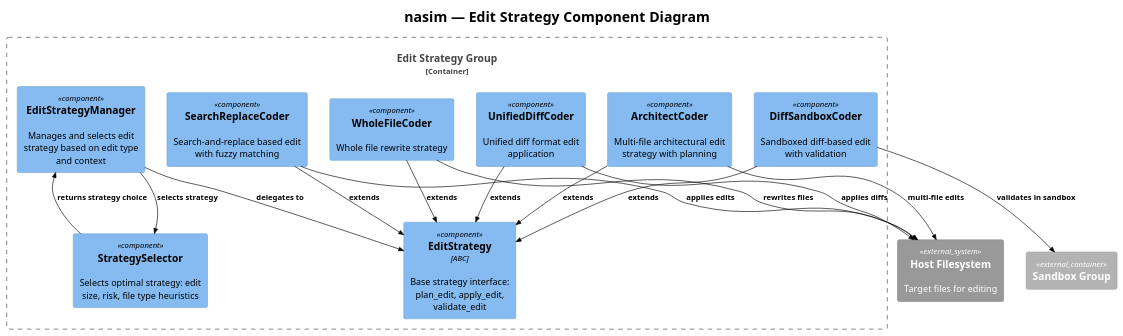
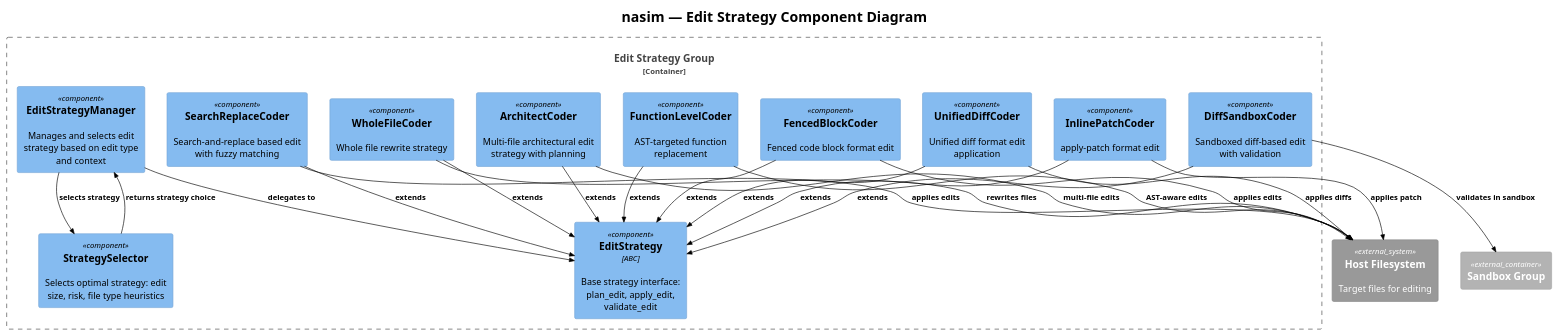
Before and after one commit to salimnamvar/nasim: the diagram in docs/C4/c4_nasim_component_edit_strategy.puml, drawn with PlantUML. The commit also changed 10 other files, not shown here.

```diff
--- a/docs/C4/c4_nasim_component_edit_strategy.puml
+++ b/docs/C4/c4_nasim_component_edit_strategy.puml
@@ -1,46 +1,55 @@
 @startuml c4_nasim_component_edit_strategy
 !include https://raw.githubusercontent.com/plantuml-stdlib/C4-PlantUML/v2.10.0/C4_Component.puml
 !theme plain
 
 
 ' ============================================================
 ' Title:     nasim — Edit Strategy Component Diagram
 ' Boundary:  nasim core library — Edit Strategy group
 ' Purpose:   Pluggable edit strategies: search-replace, whole-file, diff, sandbox, architect
 ' Milestone: v1.0
 ' Version:   6.0.0
 ' Source:    docs/audit/audit.2026.06.20.deep.domain.audit.md
 ' Review:    —
 ' ============================================================
 
 title nasim — Edit Strategy Component Diagram
 
 Container_Boundary(edit_strategy_boundary, "Edit Strategy Group") {
     Component(edit_strategy_mgr, "EditStrategyManager", "", "Manages and selects edit strategy based on edit type and context")
     Component(edit_strategy, "EditStrategy", "ABC", "Base strategy interface: plan_edit, apply_edit, validate_edit")
     Component(search_replace_coder, "SearchReplaceCoder", "", "Search-and-replace based edit with fuzzy matching")
     Component(whole_file_coder, "WholeFileCoder", "", "Whole file rewrite strategy")
     Component(unified_diff_coder, "UnifiedDiffCoder", "", "Unified diff format edit application")
     Component(diff_sandbox_coder, "DiffSandboxCoder", "", "Sandboxed diff-based edit with validation")
     Component(architect_coder, "ArchitectCoder", "", "Multi-file architectural edit strategy with planning")
+    Component(fenced_block_coder, "FencedBlockCoder", "", "Fenced code block format edit")
+    Component(function_level_coder, "FunctionLevelCoder", "", "AST-targeted function replacement")
+    Component(inline_patch_coder, "InlinePatchCoder", "", "apply-patch format edit")
     Component(strategy_selector, "StrategySelector", "", "Selects optimal strategy: edit size, risk, file type heuristics")
 }
 
 Container_Ext(sandbox_group, "Sandbox Group")
 System_Ext(host_fs, "Host Filesystem", "Target files for editing")
 
 Rel(edit_strategy_mgr, strategy_selector, "selects strategy")
 Rel(edit_strategy_mgr, edit_strategy, "delegates to")
 Rel(search_replace_coder, edit_strategy, "extends")
 Rel(whole_file_coder, edit_strategy, "extends")
 Rel(unified_diff_coder, edit_strategy, "extends")
 Rel(diff_sandbox_coder, edit_strategy, "extends")
 Rel(architect_coder, edit_strategy, "extends")
+Rel(fenced_block_coder, edit_strategy, "extends")
+Rel(function_level_coder, edit_strategy, "extends")
+Rel(inline_patch_coder, edit_strategy, "extends")
 Rel(strategy_selector, edit_strategy_mgr, "returns strategy choice")
 Rel(search_replace_coder, host_fs, "applies edits")
 Rel(whole_file_coder, host_fs, "rewrites files")
 Rel(unified_diff_coder, host_fs, "applies diffs")
 Rel(diff_sandbox_coder, sandbox_group, "validates in sandbox")
 Rel(architect_coder, host_fs, "multi-file edits")
+Rel(fenced_block_coder, host_fs, "applies edits")
+Rel(function_level_coder, host_fs, "AST-aware edits")
+Rel(inline_patch_coder, host_fs, "applies patch")
 
 @enduml
```
